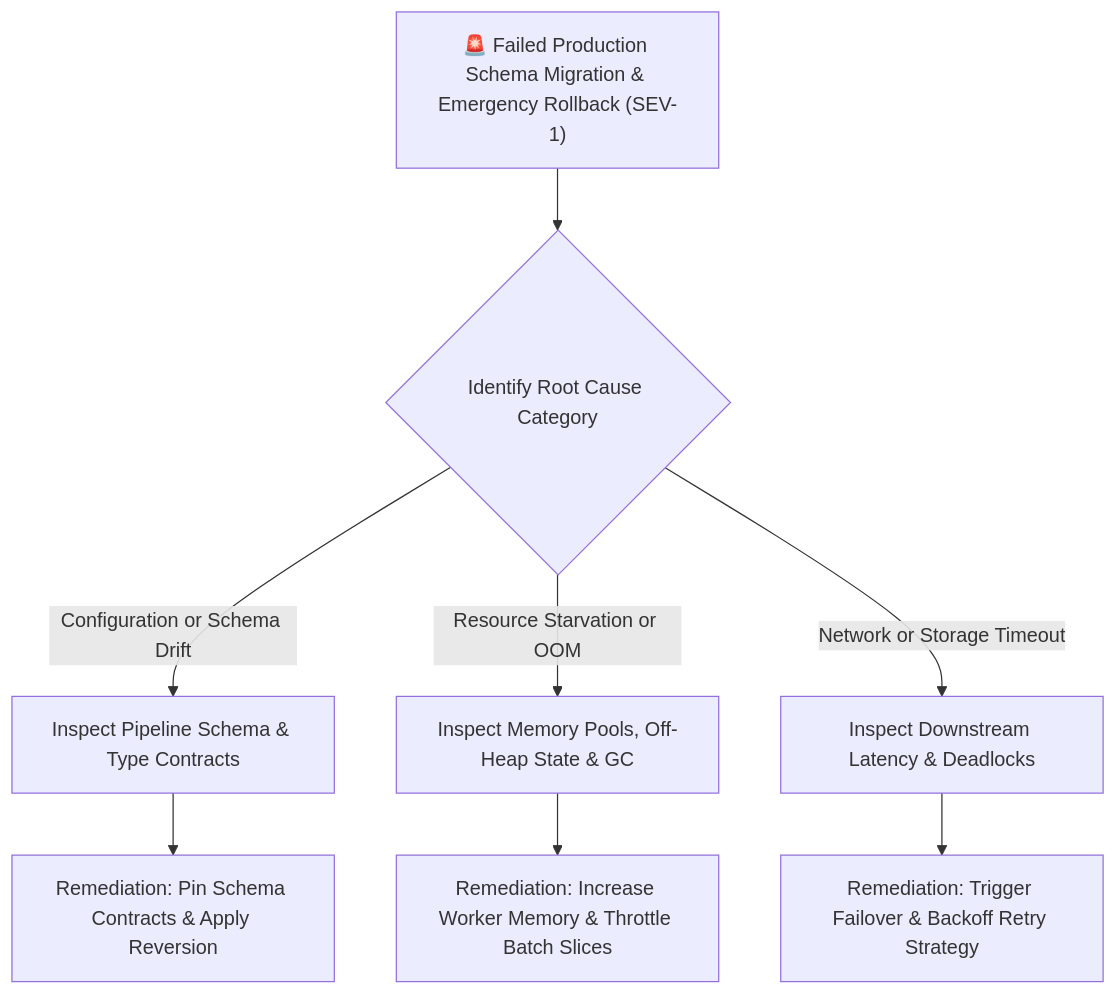
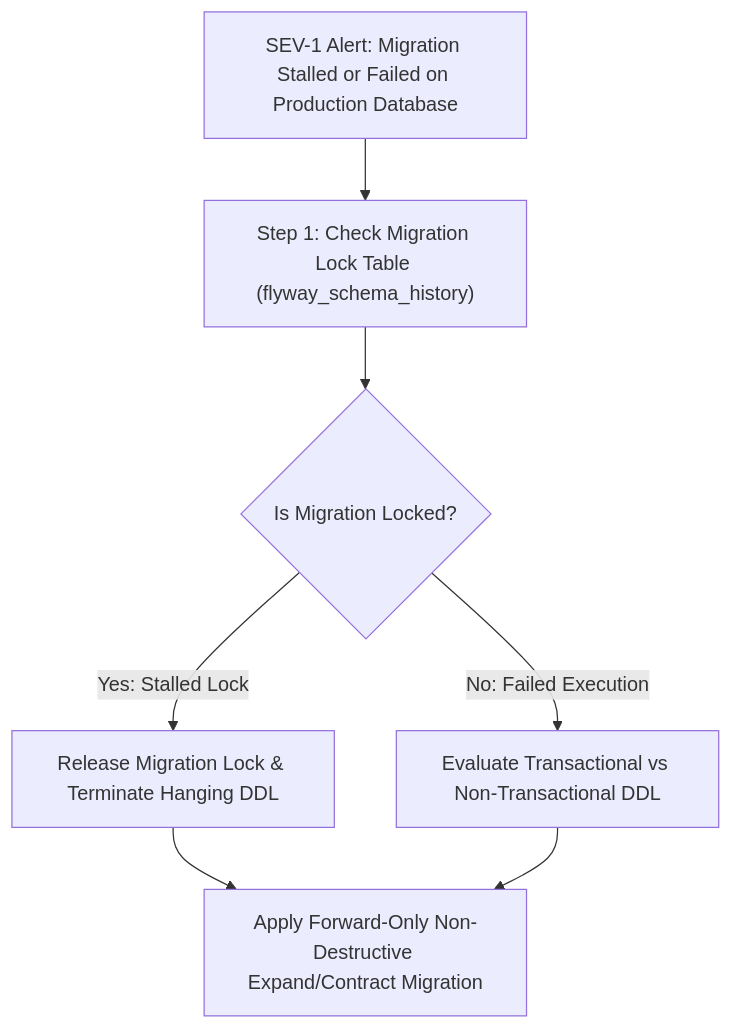
One commit to santoshjammi29/dataops-cicd-handbook changed the diagram in runbooks/02_production_schema_migration_rollback_triage.md. Above: the diagram before and after it, drawn with Mermaid. The commit also changed other lines of this file and 12 other files, not shown here.

First line of the commit message:
feat: expand topics directory, synchronize whiteboards, enhance production code scenarios, and restructure README

````diff
--- a/runbooks/02_production_schema_migration_rollback_triage.md
+++ b/runbooks/02_production_schema_migration_rollback_triage.md
@@ -11,12 +12,11 @@
 ```mermaid
 flowchart TD
-    Alert["🚨 Failed Production Schema Migration & Emergency Rollback (SEV-1)"] --> TriageCategory{"Identify Root Cause Category"}
+    Alert["SEV-1 Alert: Migration Stalled or Failed on Production Database"] --> CheckLock["Step 1: Check Migration Lock Table (flyway_schema_history)"]
+    CheckLock --> IsLocked{"Is Migration Locked?"}
     
-    TriageCategory -->|"Configuration or Schema Drift"| ConfigTriage["Inspect Pipeline Schema & Type Contracts"]
-    TriageCategory -->|"Resource Starvation or OOM"| ResourceTriage["Inspect Memory Pools, Off-Heap State & GC"]
-    TriageCategory -->|"Network or Storage Timeout"| NetworkTriage["Inspect Downstream Latency & Deadlocks"]
-
-    ConfigTriage --> FixConfig["Remediation: Pin Schema Contracts & Apply Reversion"]
-    ResourceTriage --> FixResource["Remediation: Increase Worker Memory & Throttle Batch Slices"]
-    NetworkTriage --> FixNetwork["Remediation: Trigger Failover & Backoff Retry Strategy"]
+    IsLocked -->|"Yes: Stalled Lock"| UnlockMigration["Release Migration Lock & Terminate Hanging DDL"]
+    IsLocked -->|"No: Failed Execution"| EvaluateDDL["Evaluate Transactional vs Non-Transactional DDL"]
+    
+    UnlockMigration --> ForwardOnlyFix["Apply Forward-Only Non-Destructive Expand/Contract Migration"]
+    EvaluateDDL --> ForwardOnlyFix
 ```
````
